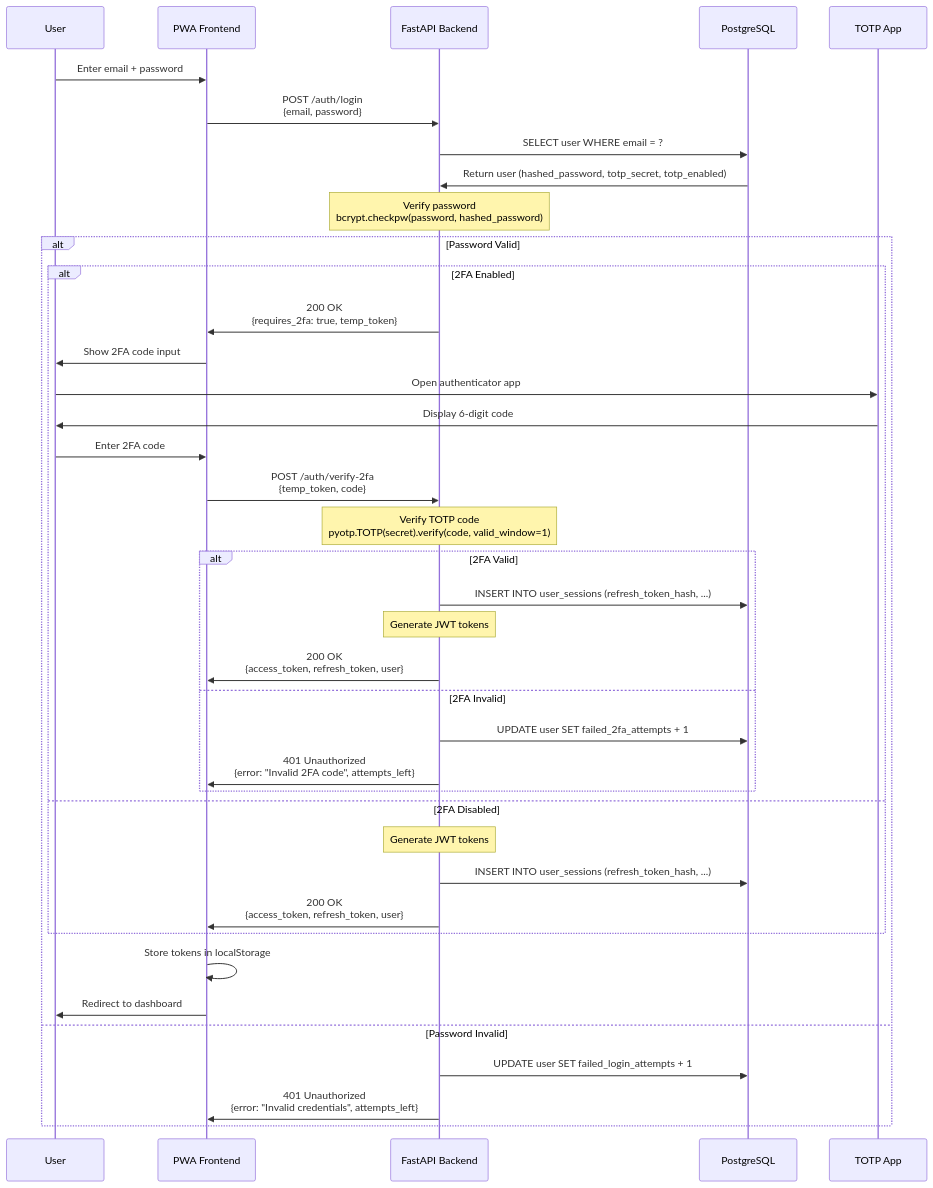
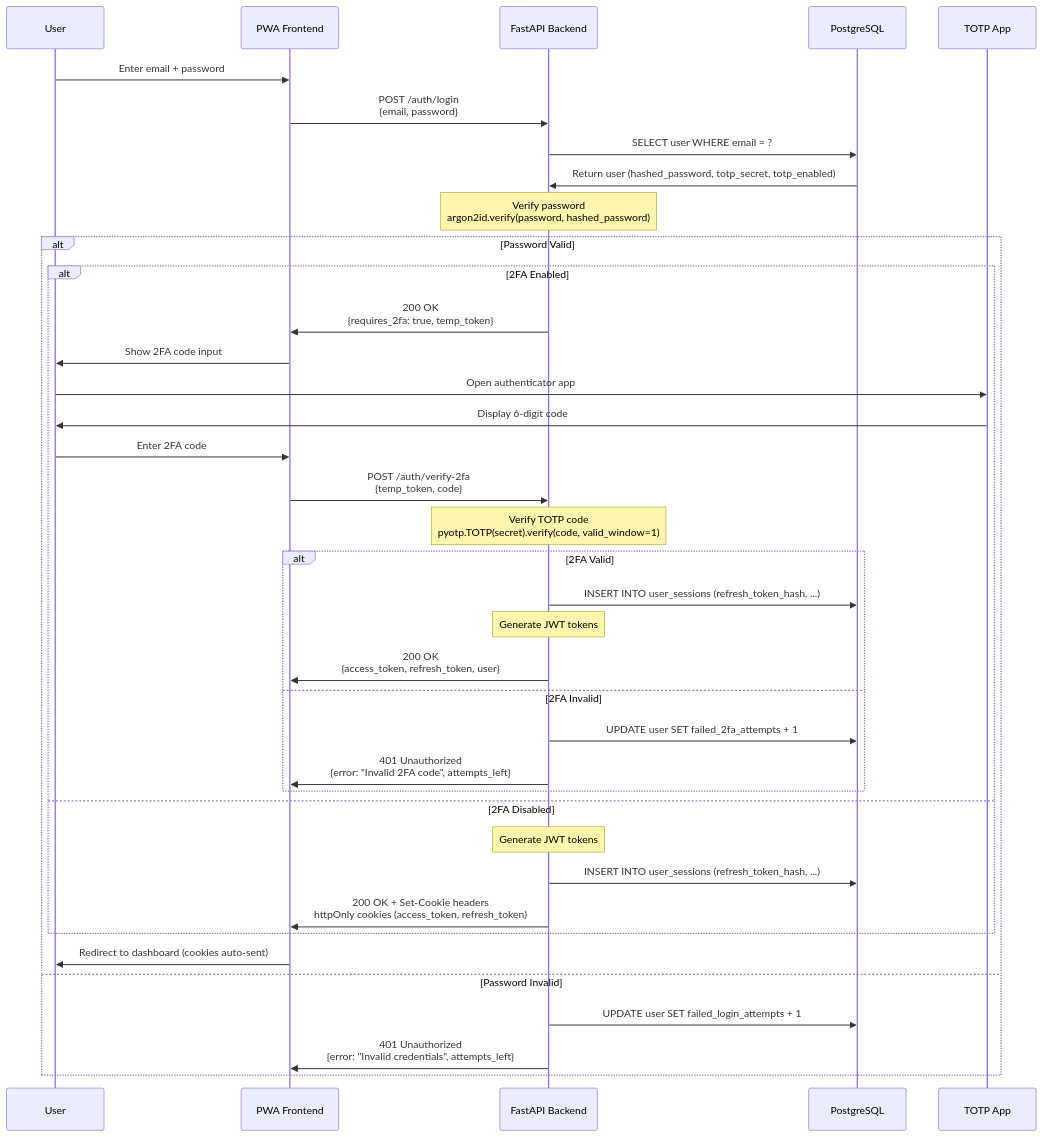
The second of 4 diagrams in docs/diagrams/02-authentication-flows.md (ikeniborn/familyBudget), drawn with Mermaid before and after one commit. The commit also changed other lines of this file and 9 other files, not shown here.

First line of the commit message:
fix(docs/diagrams): correct critical data errors (priority 1)

````diff
--- a/docs/diagrams/02-authentication-flows.md
+++ b/docs/diagrams/02-authentication-flows.md
@@ -70,50 +69,49 @@
 ```mermaid
 sequenceDiagram
     participant User
     participant Frontend as PWA Frontend
     participant API as FastAPI Backend
     participant DB as PostgreSQL
     participant TOTP as TOTP App
 
     User->>Frontend: Enter email + password
-    Frontend->>API: POST /auth/login<br/>{email, password}
+    Frontend->>API: POST /auth/login<br>{email, password}
 
     API->>DB: SELECT user WHERE email = ?
     DB->>API: Return user (hashed_password, totp_secret, totp_enabled)
 
-    Note over API: Verify password<br/>bcrypt.checkpw(password, hashed_password)
+    Note over API: Verify password<br>argon2id.verify(password, hashed_password)
 
     alt Password Valid
         alt 2FA Enabled
-            API->>Frontend: 200 OK<br/>{requires_2fa: true, temp_token}
+            API->>Frontend: 200 OK<br>{requires_2fa: true, temp_token}
             Frontend->>User: Show 2FA code input
 
             User->>TOTP: Open authenticator app
             TOTP->>User: Display 6-digit code
             User->>Frontend: Enter 2FA code
 
-            Frontend->>API: POST /auth/verify-2fa<br/>{temp_token, code}
+            Frontend->>API: POST /auth/verify-2fa<br>{temp_token, code}
 
-            Note over API: Verify TOTP code<br/>pyotp.TOTP(secret).verify(code, valid_window=1)
+            Note over API: Verify TOTP code<br>pyotp.TOTP(secret).verify(code, valid_window=1)
 
             alt 2FA Valid
                 API->>DB: INSERT INTO user_sessions (refresh_token_hash, ...)
                 Note over API: Generate JWT tokens
-                API->>Frontend: 200 OK<br/>{access_token, refresh_token, user}
+                API->>Frontend: 200 OK<br>{access_token, refresh_token, user}
             else 2FA Invalid
                 API->>DB: UPDATE user SET failed_2fa_attempts + 1
-                API->>Frontend: 401 Unauthorized<br/>{error: "Invalid 2FA code", attempts_left}
+                API->>Frontend: 401 Unauthorized<br>{error: "Invalid 2FA code", attempts_left}
             end
         else 2FA Disabled
             Note over API: Generate JWT tokens
             API->>DB: INSERT INTO user_sessions (refresh_token_hash, ...)
-            API->>Frontend: 200 OK<br/>{access_token, refresh_token, user}
+            API->>Frontend: 200 OK + Set-Cookie headers<br>httpOnly cookies (access_token, refresh_token)
         end
 
-        Frontend->>Frontend: Store tokens in localStorage
-        Frontend->>User: Redirect to dashboard
+        Frontend->>User: Redirect to dashboard (cookies auto-sent)
     else Password Invalid
         API->>DB: UPDATE user SET failed_login_attempts + 1
-        API->>Frontend: 401 Unauthorized<br/>{error: "Invalid credentials", attempts_left}
+        API->>Frontend: 401 Unauthorized<br>{error: "Invalid credentials", attempts_left}
     end
 ```
````
